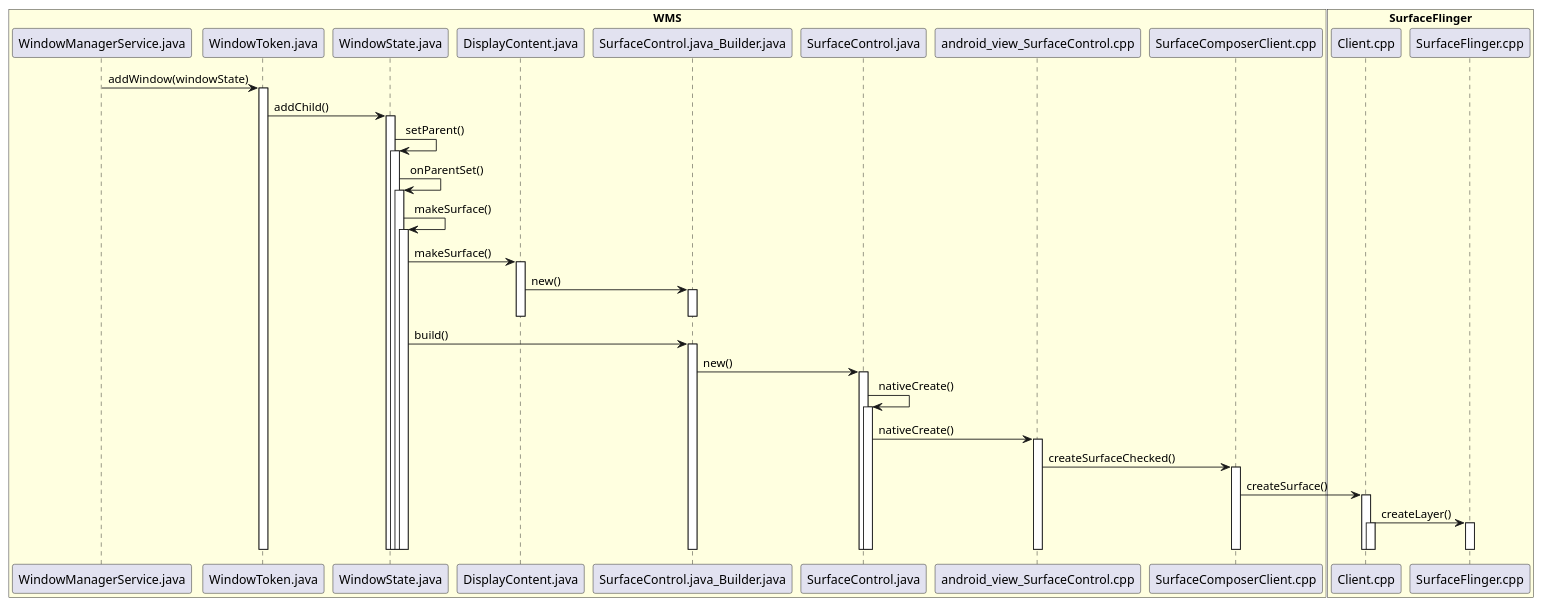
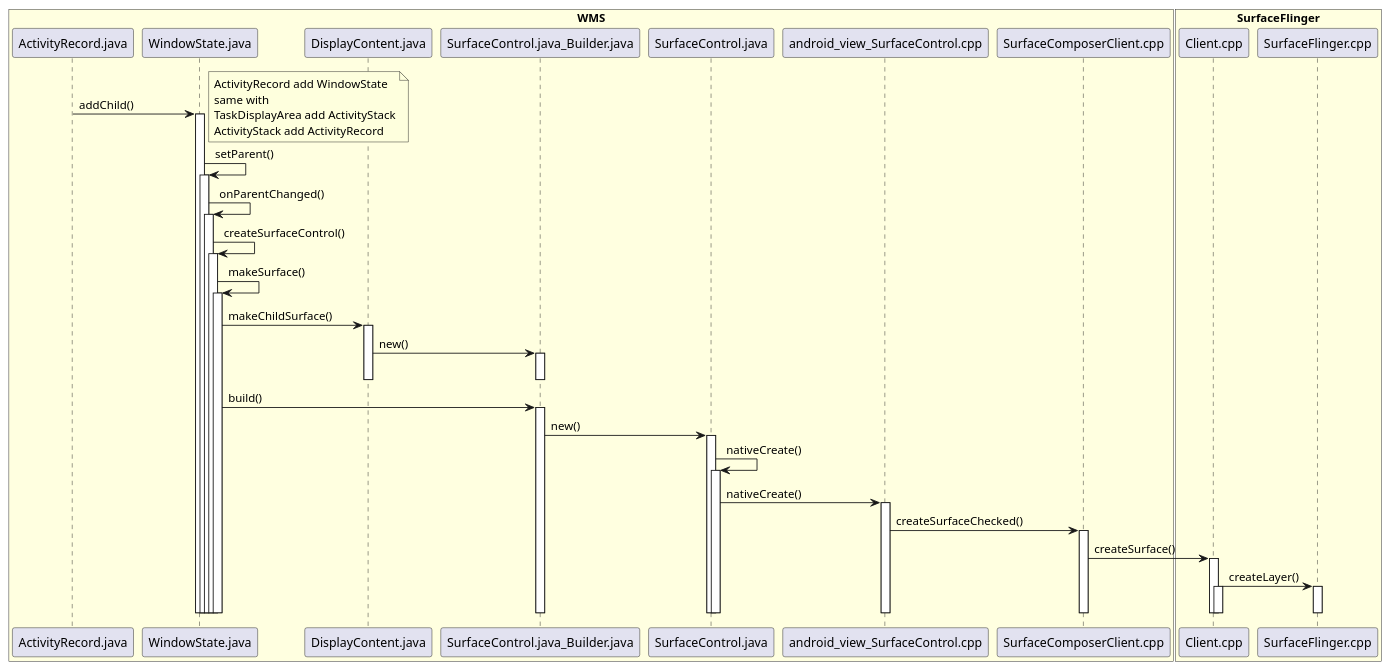
One commit to javalive09/UML changed the diagram in android11/addwindow/AddWindow_2.1.2.0.puml. Above: the diagram before and after it, drawn with PlantUML. The commit also changed 83 other files, not shown here.

Commit message:
update uml

```diff
--- a/android11/addwindow/AddWindow_2.1.2.0.puml
+++ b/android11/addwindow/AddWindow_2.1.2.0.puml
@@ -1,70 +1,75 @@
 @startuml
 
 box "WMS" #LightYellow
-participant WindowManagerService.java
-participant WindowToken.java
+participant ActivityRecord.java
 participant WindowState.java
 participant DisplayContent.java
 participant SurfaceControl.java_Builder.java
 participant SurfaceControl.java
 participant android_view_SurfaceControl.cpp
 participant SurfaceComposerClient.cpp
 end box
 
 box "SurfaceFlinger" #LightYellow
 participant Client.cpp
 participant SurfaceFlinger.cpp
 end box
 
+ActivityRecord.java -> WindowState.java: addChild()
+activate WindowState.java
 
-WindowManagerService.java -> WindowToken.java: addWindow(windowState)
-activate WindowToken.java
-WindowToken.java -> WindowState.java: addChild()
-activate WindowState.java
+note right
+ActivityRecord add WindowState
+same with
+TaskDisplayArea add ActivityStack
+ActivityStack add ActivityRecord
+end note
 WindowState.java -> WindowState.java: setParent()
 activate WindowState.java
-WindowState.java -> WindowState.java: onParentSet()
+WindowState.java -> WindowState.java: onParentChanged()
+activate WindowState.java
+WindowState.java -> WindowState.java: createSurfaceControl()
 activate WindowState.java
 WindowState.java -> WindowState.java: makeSurface()
 activate WindowState.java
-WindowState.java -> DisplayContent.java: makeSurface()
+WindowState.java -> DisplayContent.java: makeChildSurface()
 activate DisplayContent.java
 DisplayContent.java -> SurfaceControl.java_Builder.java: new()
 activate SurfaceControl.java_Builder.java
 deactivate SurfaceControl.java_Builder.java
 deactivate DisplayContent.java
 WindowState.java -> SurfaceControl.java_Builder.java: build()
 activate SurfaceControl.java_Builder.java
 SurfaceControl.java_Builder.java -> SurfaceControl.java: new()
 activate SurfaceControl.java
 SurfaceControl.java -> SurfaceControl.java: nativeCreate()
 activate SurfaceControl.java
 SurfaceControl.java -> android_view_SurfaceControl.cpp: nativeCreate()
 activate android_view_SurfaceControl.cpp
 android_view_SurfaceControl.cpp -> SurfaceComposerClient.cpp: createSurfaceChecked()
 activate SurfaceComposerClient.cpp
 SurfaceComposerClient.cpp -> Client.cpp: createSurface()
 activate Client.cpp
 Client.cpp -> SurfaceFlinger.cpp: createLayer()
 activate SurfaceFlinger.cpp
 activate Client.cpp
 
 deactivate Client.cpp
 deactivate Client.cpp
 deactivate SurfaceFlinger.cpp
 
 deactivate android_view_SurfaceControl.cpp
 deactivate SurfaceComposerClient.cpp
 deactivate SurfaceControl.java
 deactivate SurfaceControl.java
 deactivate SurfaceControl.java_Builder.java
 deactivate WindowState.java
 deactivate WindowState.java
 deactivate WindowState.java
 deactivate WindowState.java
-deactivate WindowToken.java
-deactivate WindowManagerService.java
+deactivate WindowState.java
+deactivate ActivityRecord.java
 
 
 
 @enduml
```
